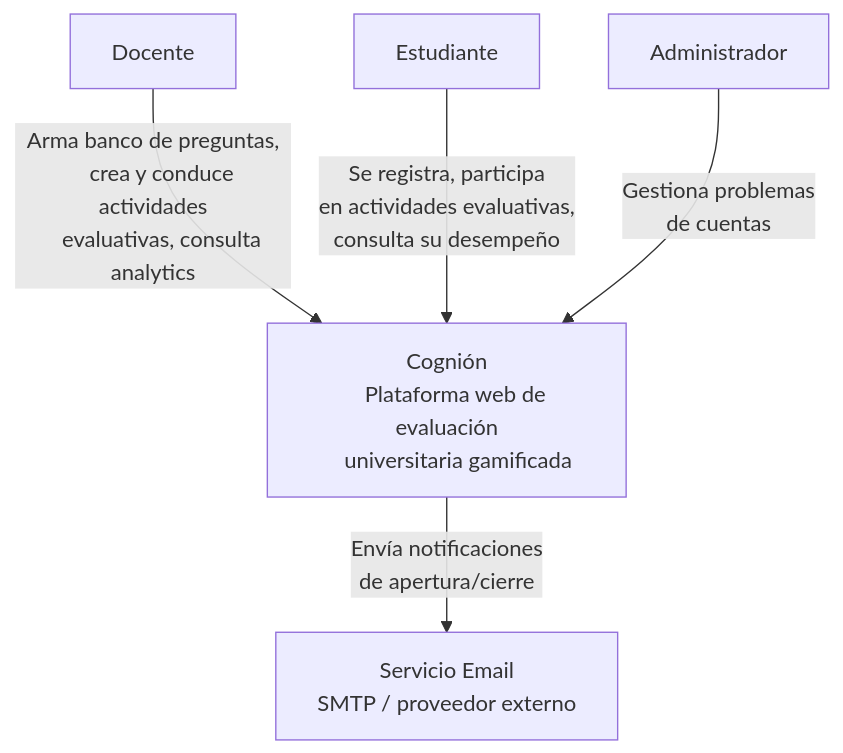
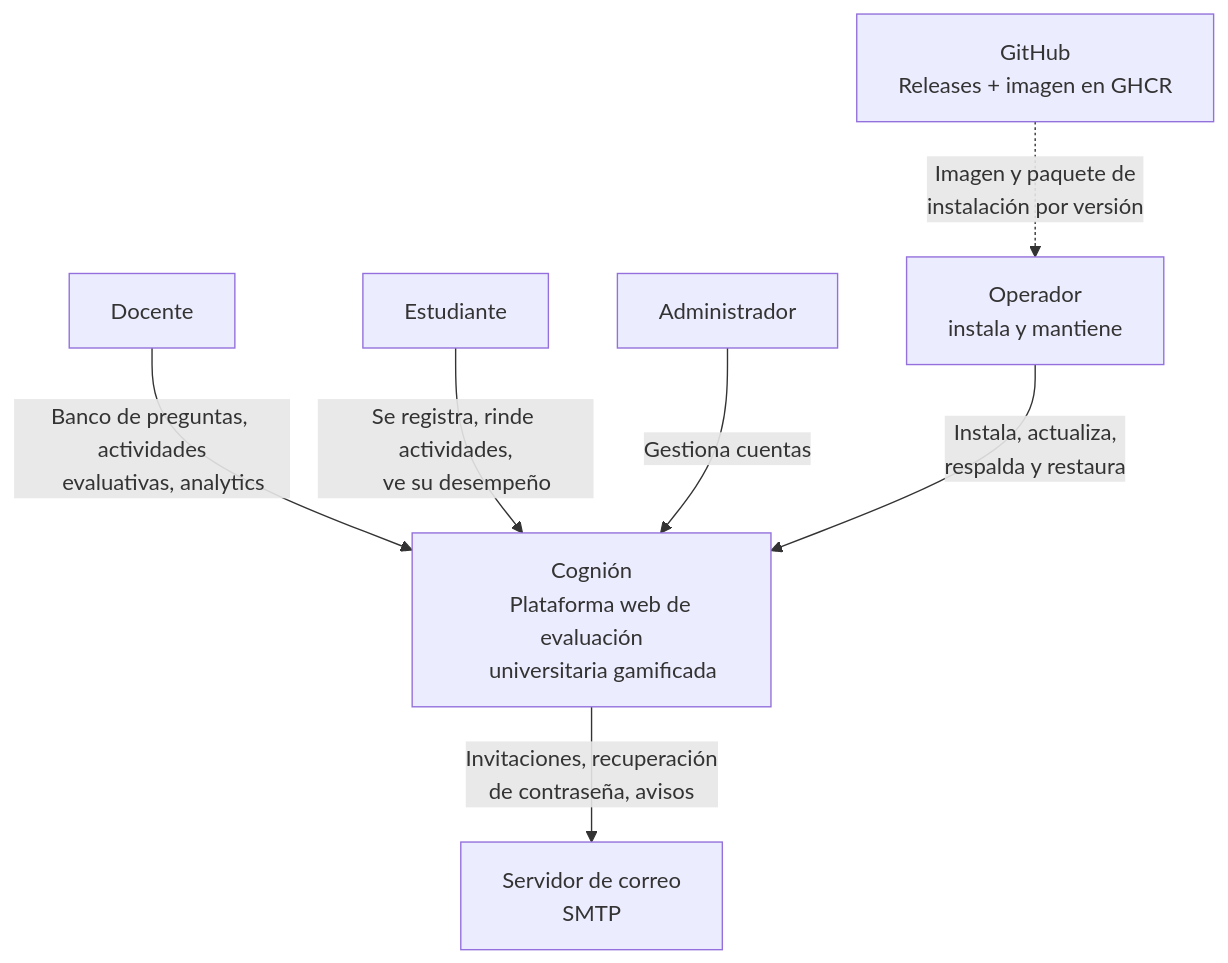
Before and after one commit to vvalotto/cognion: the diagram in docs/architecture/01-system-context.md, drawn with Mermaid. The commit also changed other lines of this file and 1 other file, not shown here.

````diff
--- a/docs/architecture/01-system-context.md
+++ b/docs/architecture/01-system-context.md
@@ -70,27 +53,30 @@
 ```mermaid
 flowchart TB
     docente["Docente"]
     estudiante["Estudiante"]
     administrador["Administrador"]
+    operador["Operador
+    instala y mantiene"]
 
     cognion["Cognión
     Plataforma web de evaluación
     universitaria gamificada"]
 
-    email["Servicio Email
-    SMTP / proveedor externo"]
+    smtp["Servidor de correo
+    SMTP"]
+    github["GitHub
+    Releases + imagen en GHCR"]
 
-    docente -->|"Arma banco de preguntas,
-    crea y conduce actividades
-    evaluativas, consulta analytics"| cognion
+    docente -->|"Banco de preguntas, actividades
+    evaluativas, analytics"| cognion
+    estudiante -->|"Se registra, rinde actividades,
+    ve su desempeño"| cognion
+    administrador -->|"Gestiona cuentas"| cognion
+    operador -->|"Instala, actualiza,
+    respalda y restaura"| cognion
 
-    estudiante -->|"Se registra, participa
-    en actividades evaluativas,
-    consulta su desempeño"| cognion
-
-    administrador -->|"Gestiona problemas
-    de cuentas"| cognion
-
-    cognion -->|"Envía notificaciones
-    de apertura/cierre"| email
+    cognion -->|"Invitaciones, recuperación
+    de contraseña, avisos"| smtp
+    github -.->|"Imagen y paquete de
+    instalación por versión"| operador
 ```
````
